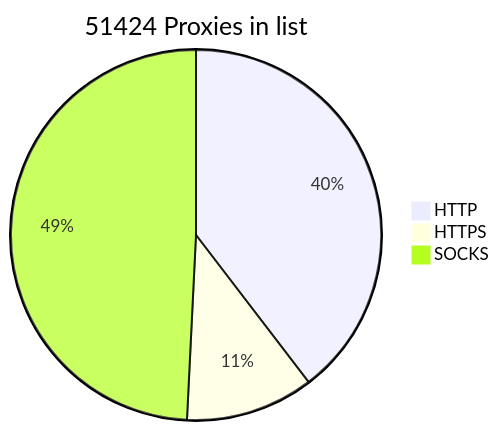
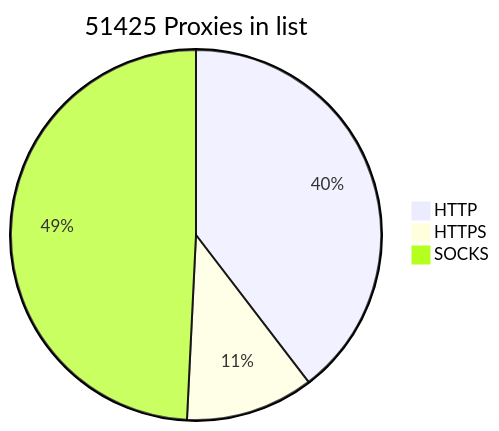
The diagram in README.md (BlackSnowDot/proxylist-update-every-minute), drawn with Mermaid before and after one commit.

````diff
--- a/README.md
+++ b/README.md
@@ -2,6 +2,6 @@
 ```mermaid
-pie title 51424 Proxies in list
+pie title 51425 Proxies in list
     "HTTP" : 22605
     "HTTPS": 6381
-    "SOCKS" : 28098
+    "SOCKS" : 28099
 ```
````
